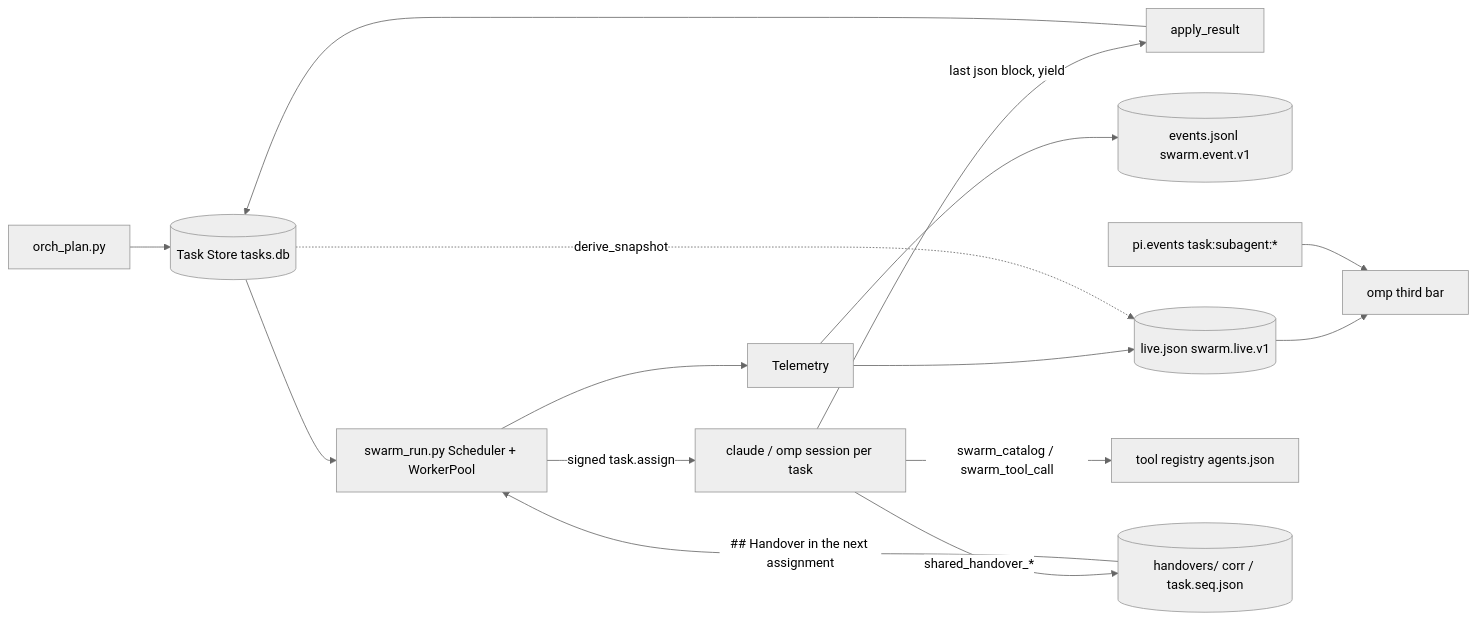
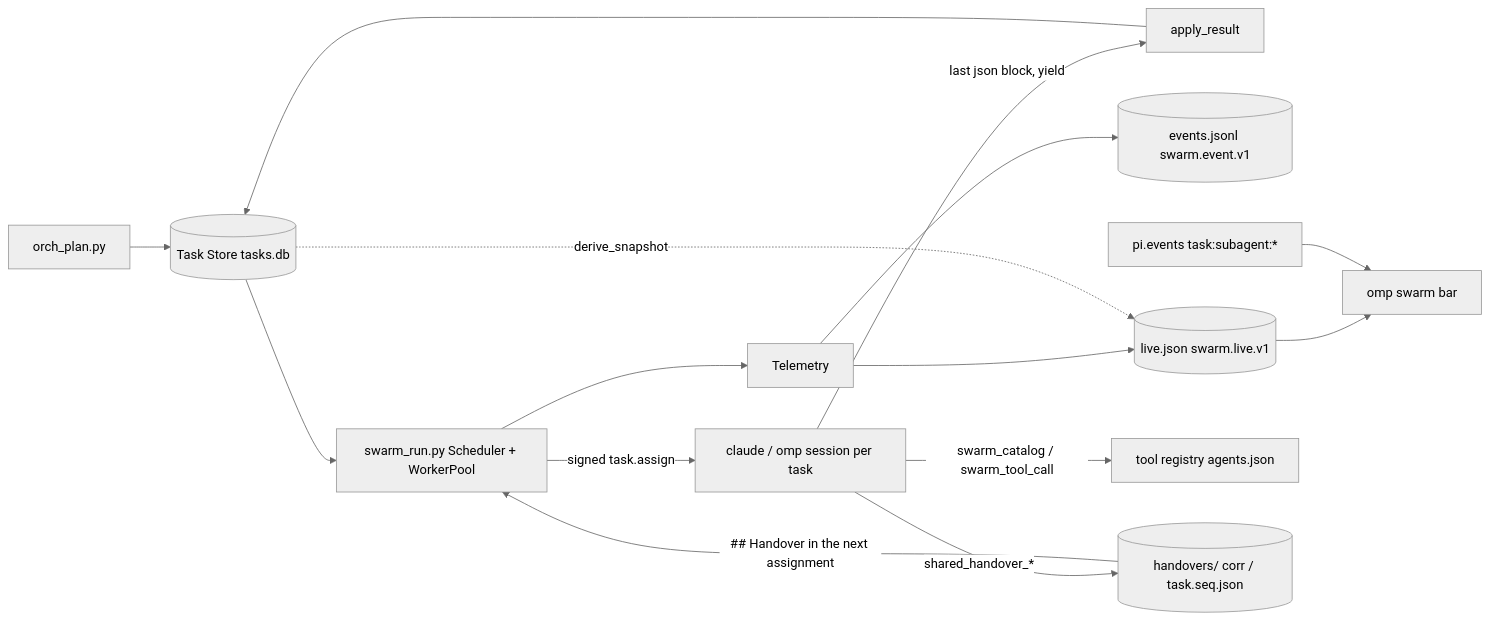
Before and after one commit to swcstudiospace/agent-swarm: the diagram in docs/swarm-command-center.md, drawn with Mermaid (neutral theme). The commit also changed other lines of this file and 39 other files, not shown here.

````diff
--- a/docs/swarm-command-center.md
+++ b/docs/swarm-command-center.md
@@ -14,16 +14,16 @@
 ```mermaid
 flowchart LR
   P[orch_plan.py] --> DB[(Task Store tasks.db)]
   DB --> S[swarm_run.py Scheduler + WorkerPool]
   S -->|signed task.assign| A[claude / omp session per task]
   A -->|last json block, yield| AR[apply_result] --> DB
   S --> T[Telemetry]
   T --> EV[(events.jsonl swarm.event.v1)]
   T --> LV[(live.json swarm.live.v1)]
   DB -.->|derive_snapshot| LV
-  LV --> BAR[omp third bar]
+  LV --> BAR[omp swarm bar]
   PI[pi.events task:subagent:*] --> BAR
   A -->|swarm_catalog / swarm_tool_call| REG[tool registry agents.json]
   A -->|shared_handover_*| HO[(handovers/ corr / task.seq.json)]
   HO -->|## Handover in the next assignment| S
 ```
````
